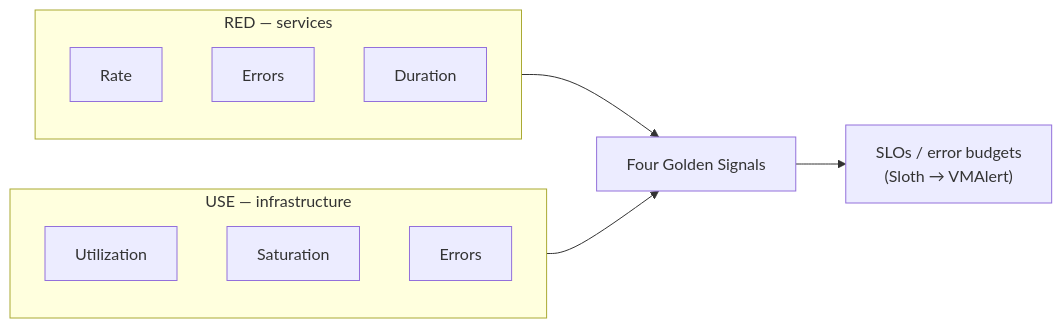
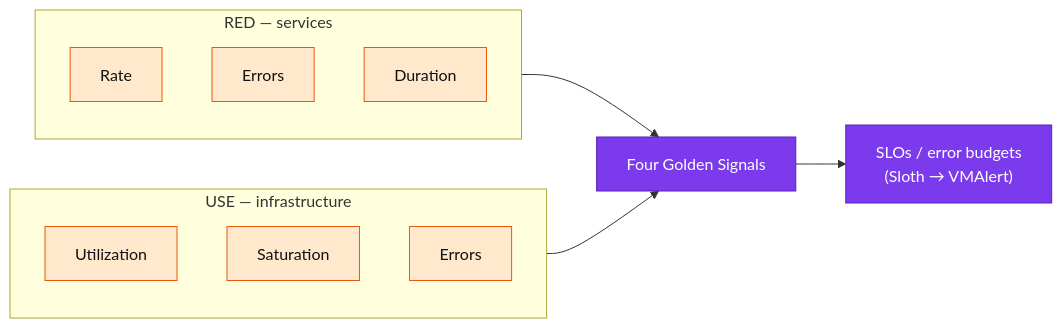
The first of 2 diagrams in docs/observability/metrics/README.md (duynhlab/homelab), drawn with Mermaid before and after one commit. The commit also changed other lines of this file and 33 other files, not shown here.

First line of the commit message:
Refresh observability diagrams (#516)

````diff
--- a/docs/observability/metrics/README.md
+++ b/docs/observability/metrics/README.md
@@ -48,14 +48,18 @@
 ```mermaid
 flowchart LR
     subgraph RED["RED — services"]
         direction TB
         R[Rate] & E1[Errors] & D[Duration]
     end
     subgraph USE["USE — infrastructure"]
         direction TB
         U[Utilization] & S2[Saturation] & E3[Errors]
     end
     RED --> G["Four Golden Signals"]
     USE --> G
     G --> SLO["SLOs / error budgets<br/>(Sloth → VMAlert)"]
+    classDef metric fill:#ffe8cc,color:#111,stroke:#e8590c;
+    classDef platform fill:#7c3aed,color:#fff,stroke:#5b21b6;
+    class R,E1,D,U,S2,E3 metric;
+    class G,SLO platform;
 ```
````
